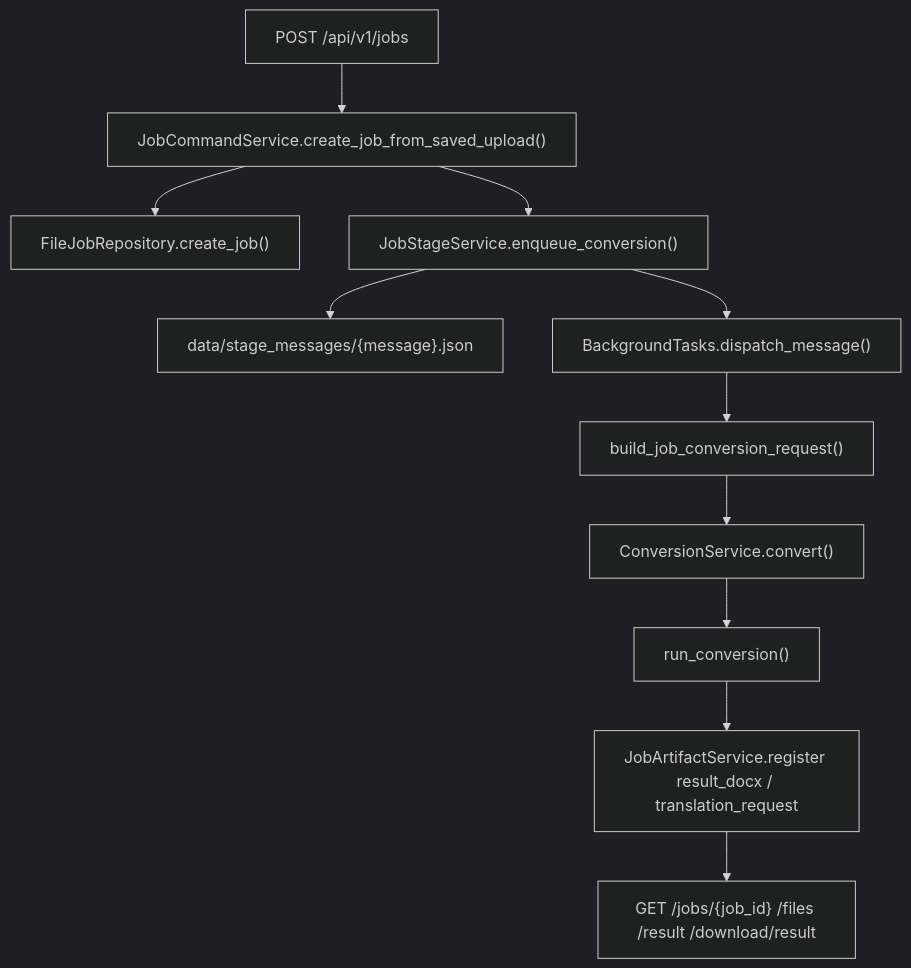
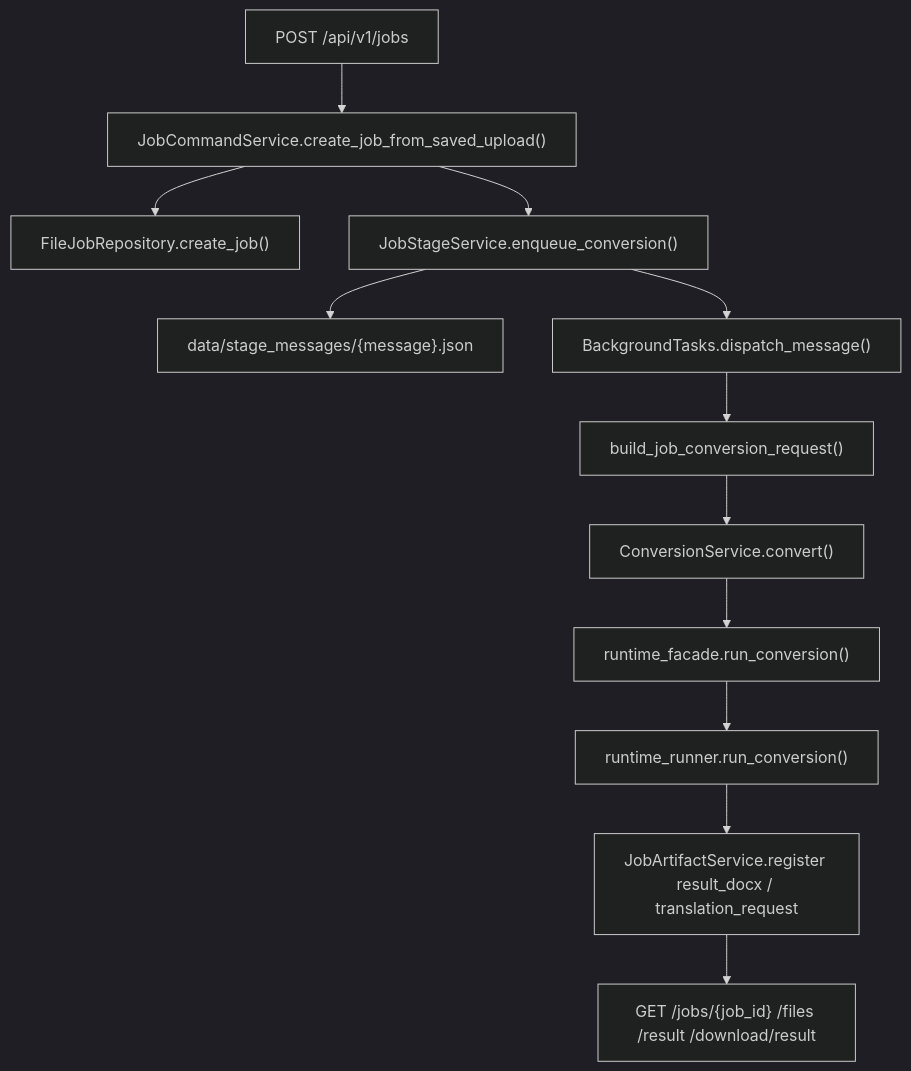
Before and after one commit to ccisnoxx/md2word: the second of 2 diagrams in .codestable/architecture/ARCHITECTURE.md, drawn with Mermaid (dark theme). The commit also changed other lines of this file and 16 other files, not shown here.

````diff
--- a/.codestable/architecture/ARCHITECTURE.md
+++ b/.codestable/architecture/ARCHITECTURE.md
@@ -130,13 +142,14 @@
 ```mermaid
 flowchart TD
     A["POST /api/v1/jobs"] --> B["JobCommandService.create_job_from_saved_upload()"]
     B --> C["FileJobRepository.create_job()"]
     B --> D["JobStageService.enqueue_conversion()"]
     D --> E["data/stage_messages/{message}.json"]
     D --> F["BackgroundTasks.dispatch_message()"]
     F --> G["build_job_conversion_request()"]
     G --> H["ConversionService.convert()"]
-    H --> I["run_conversion()"]
-    I --> J["JobArtifactService.register result_docx / translation_request"]
-    J --> K["GET /jobs/{job_id} /files /result /download/result"]
+    H --> I["runtime_facade.run_conversion()"]
+    I --> J["runtime_runner.run_conversion()"]
+    J --> K["JobArtifactService.register result_docx / translation_request"]
+    K --> L["GET /jobs/{job_id} /files /result /download/result"]
 ```
````
